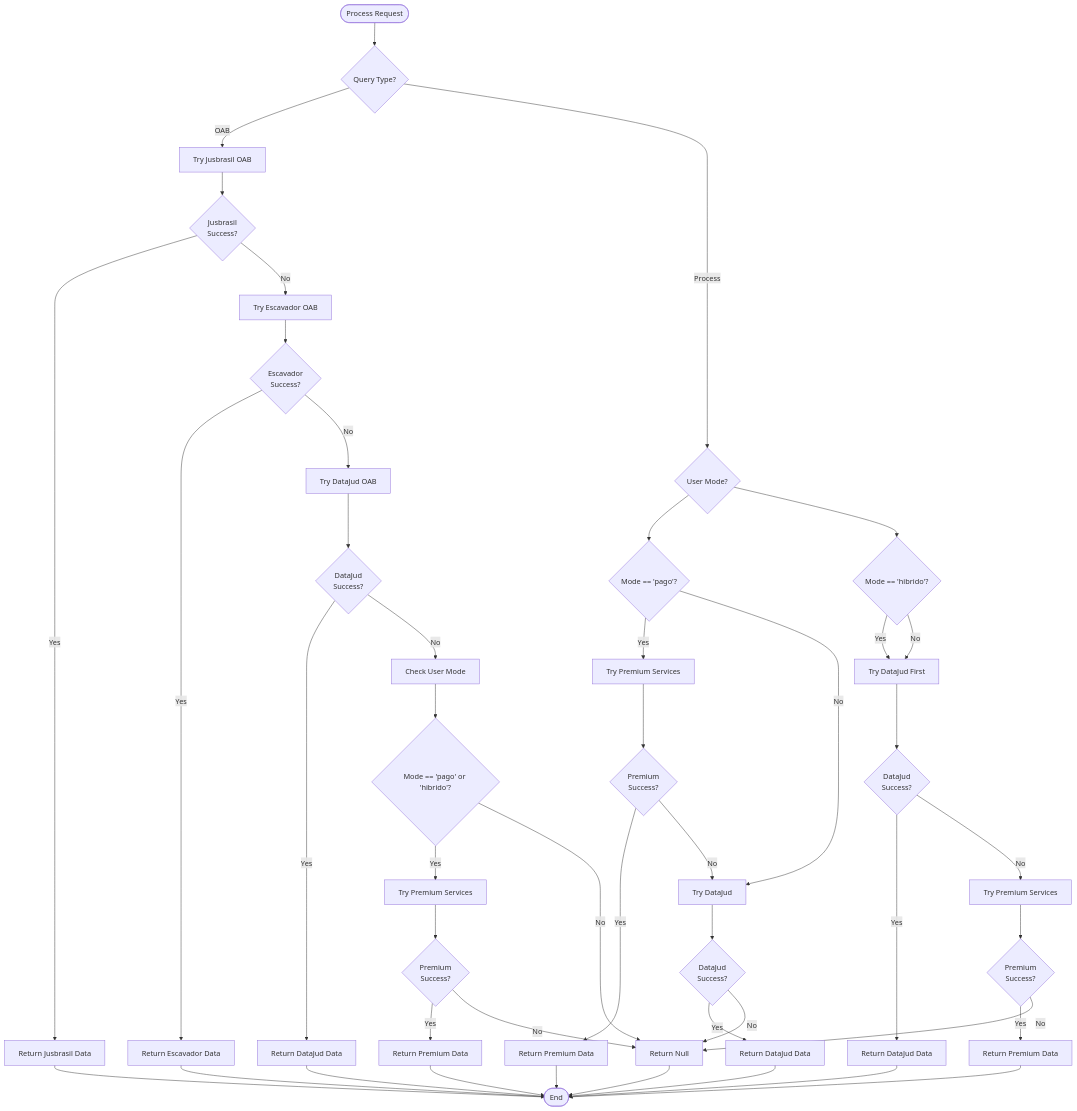
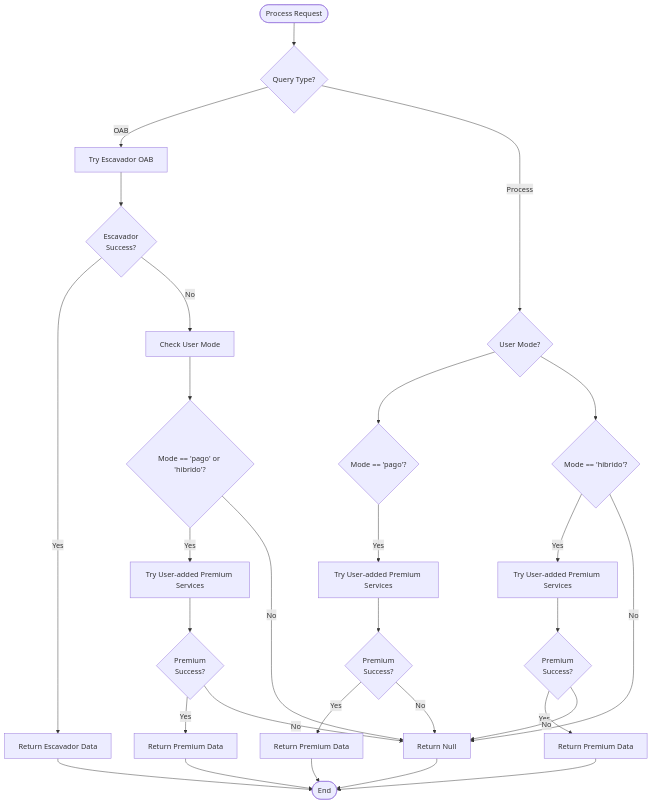
One commit to Alexandrexicara/bot-processos changed the fourth of 19 diagrams in .qoder/repowiki/en/content/API Integration Layer/Premium Paid Service Integration.md. Above: the diagram before and after it, drawn with Mermaid. The commit also changed other lines of this file and 6 other files, not shown here.

````diff
--- a/.qoder/repowiki/en/content/API Integration Layer/Premium Paid Service Integration.md
+++ b/.qoder/repowiki/en/content/API Integration Layer/Premium Paid Service Integration.md
@@ -249,48 +200,31 @@
 ```mermaid
 flowchart TD
 Start([Process Request]) --> CheckType{"Query Type?"}
-CheckType --> |OAB| CheckJusbrasil["Try Jusbrasil OAB"]
-CheckJusbrasil --> JusbrasilSuccess{"Jusbrasil<br/>Success?"}
-JusbrasilSuccess --> |Yes| ReturnJusbrasil["Return Jusbrasil Data"]
-JusbrasilSuccess --> |No| CheckEscavador["Try Escavador OAB"]
+CheckType --> |OAB| CheckEscavador["Try Escavador OAB"]
 CheckEscavador --> EscavadorSuccess{"Escavador<br/>Success?"}
 EscavadorSuccess --> |Yes| ReturnEscavador["Return Escavador Data"]
-EscavadorSuccess --> |No| CheckDataJud["Try DataJud OAB"]
-CheckDataJud --> DataJudSuccess{"DataJud<br/>Success?"}
-DataJudSuccess --> |Yes| ReturnDataJud["Return DataJud Data"]
-DataJudSuccess --> |No| CheckMode["Check User Mode"]
+EscavadorSuccess --> |No| CheckMode["Check User Mode"]
 CheckMode --> ModePaid{"Mode == 'pago' or 'hibrido'?"}
-ModePaid --> |Yes| TryPremium["Try Premium Services"]
+ModePaid --> |Yes| TryPremium["Try User-added Premium Services"]
 TryPremium --> PremiumSuccess{"Premium<br/>Success?"}
 PremiumSuccess --> |Yes| ReturnPremium["Return Premium Data"]
 PremiumSuccess --> |No| ReturnNull["Return Null"]
 ModePaid --> |No| ReturnNull
 CheckType --> |Process| CheckMode2{"User Mode?"}
 CheckMode2 --> ModePago{"Mode == 'pago'?"}
-ModePago --> |Yes| TryPremium2["Try Premium Services"]
+ModePago --> |Yes| TryPremium2["Try User-added Premium Services"]
 TryPremium2 --> PremiumSuccess2{"Premium<br/>Success?"}
 PremiumSuccess2 --> |Yes| ReturnPremium2["Return Premium Data"]
-PremiumSuccess2 --> |No| CheckDataJud2["Try DataJud"]
-CheckDataJud2 --> DataJudSuccess2{"DataJud<br/>Success?"}
-DataJudSuccess2 --> |Yes| ReturnDataJud2["Return DataJud Data"]
-DataJudSuccess2 --> |No| ReturnNull
-ModePago --> |No| CheckDataJud2
+PremiumSuccess2 --> |No| ReturnNull
 CheckMode2 --> ModeHibrido{"Mode == 'hibrido'?"}
-ModeHibrido --> |Yes| CheckDataJud3["Try DataJud First"]
-CheckDataJud3 --> DataJudSuccess3{"DataJud<br/>Success?"}
-DataJudSuccess3 --> |Yes| ReturnDataJud3["Return DataJud Data"]
-DataJudSuccess3 --> |No| TryPremium3["Try Premium Services"]
+ModeHibrido --> |Yes| TryPremium3["Try User-added Premium Services"]
 TryPremium3 --> PremiumSuccess3{"Premium<br/>Success?"}
 PremiumSuccess3 --> |Yes| ReturnPremium3["Return Premium Data"]
 PremiumSuccess3 --> |No| ReturnNull
-ModeHibrido --> |No| CheckDataJud3
-ReturnJusbrasil --> End([End])
-ReturnEscavador --> End
-ReturnDataJud --> End
+ModeHibrido --> |No| ReturnNull
+ReturnEscavador --> End([End])
 ReturnPremium --> End
-ReturnDataJud2 --> End
 ReturnPremium2 --> End
-ReturnDataJud3 --> End
 ReturnPremium3 --> End
 ReturnNull --> End
 ```
````
